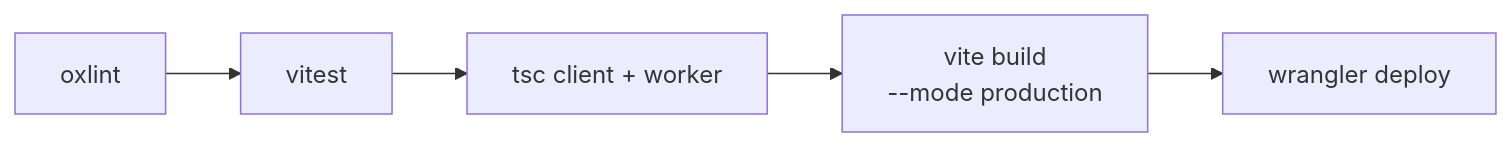
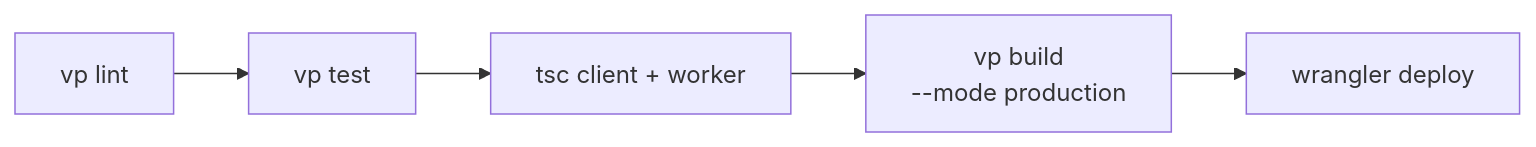
The fourth of 4 diagrams in README.md (scifisatan/dump), drawn with Mermaid before and after one commit. The commit also changed other lines of this file and 12 other files, not shown here.

````diff
--- a/README.md
+++ b/README.md
@@ -265,4 +264,4 @@
 ```mermaid
 flowchart LR
-    L[oxlint] --> T[vitest] --> C[tsc client + worker] --> B["vite build<br/>--mode production"] --> D[wrangler deploy]
+    L[vp lint] --> T[vp test] --> C[tsc client + worker] --> B["vp build<br/>--mode production"] --> D[wrangler deploy]
 ```
````
